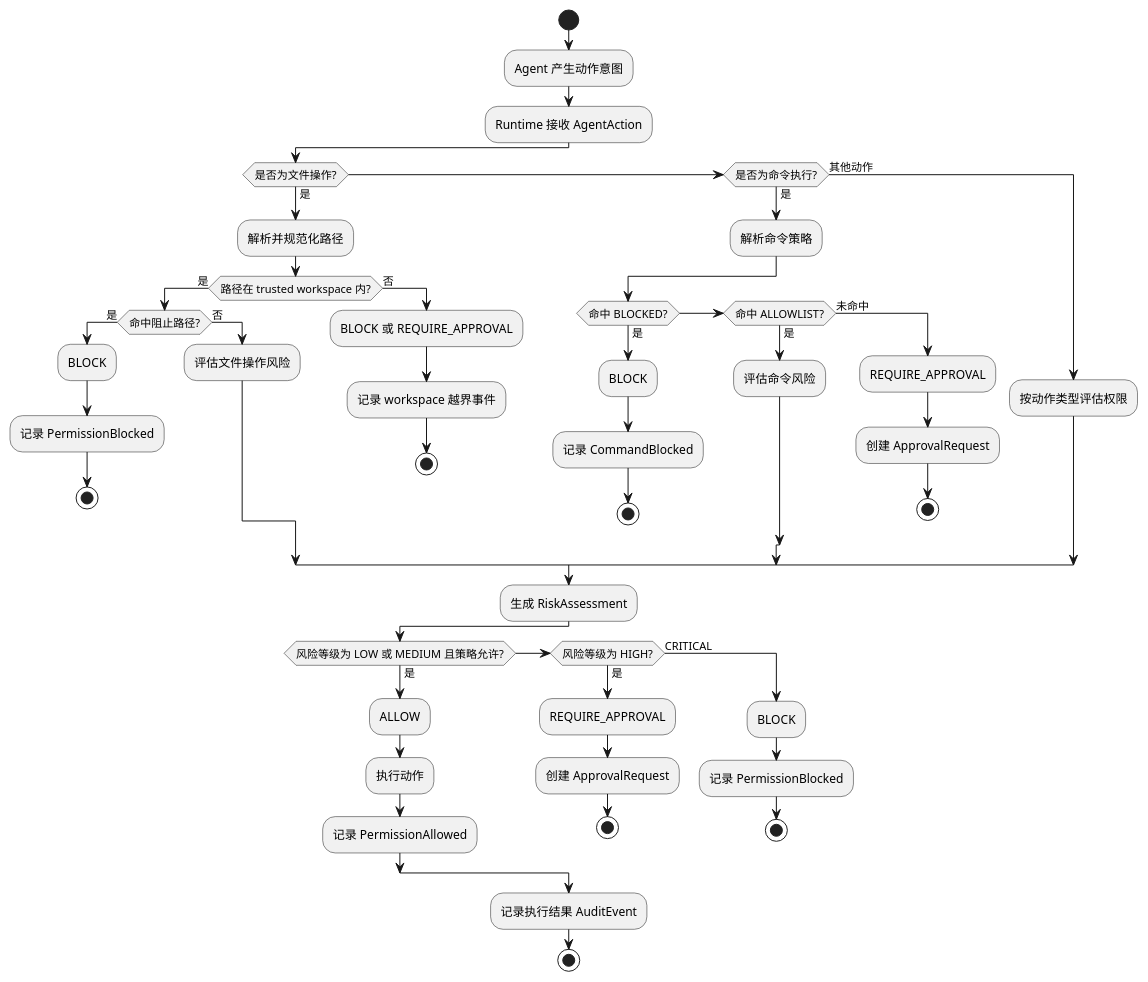
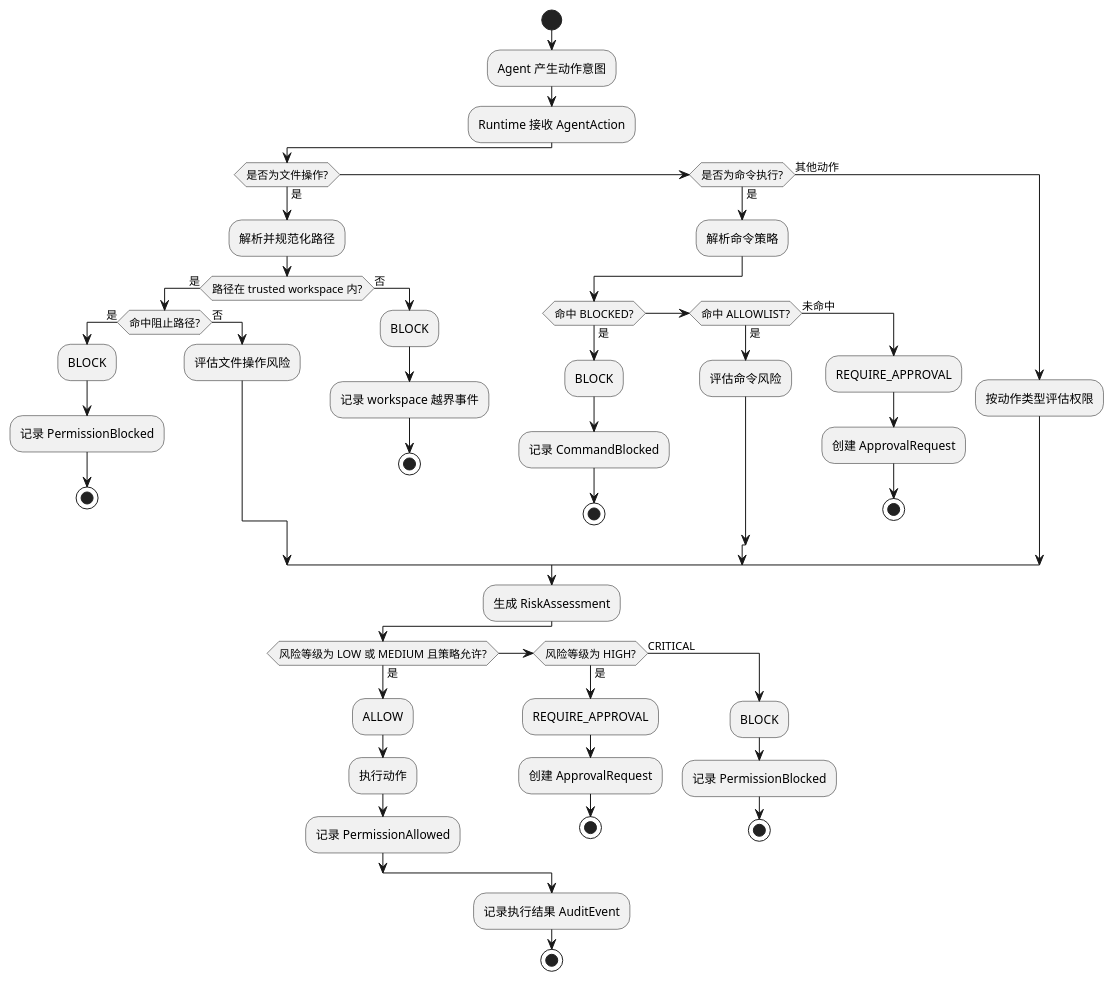
Before and after one commit to nask137/Auditable-Coding-Agent: the second of 2 diagrams in docs/step0/permission-model.md, drawn with PlantUML. The commit also changed other lines of this file and 5 other files, not shown here.

````diff
--- a/docs/step0/permission-model.md
+++ b/docs/step0/permission-model.md
@@ -748,59 +762,59 @@
 ```plantuml
 @startuml
 start
 
 :Agent 产生动作意图;
 :Runtime 接收 AgentAction;
 
 if (是否为文件操作?) then (是)
   :解析并规范化路径;
   if (路径在 trusted workspace 内?) then (是)
     if (命中阻止路径?) then (是)
       :BLOCK;
       :记录 PermissionBlocked;
       stop
     else (否)
       :评估文件操作风险;
     endif
   else (否)
-    :BLOCK 或 REQUIRE_APPROVAL;
+    :BLOCK;
     :记录 workspace 越界事件;
     stop
   endif
 elseif (是否为命令执行?) then (是)
   :解析命令策略;
   if (命中 BLOCKED?) then (是)
     :BLOCK;
     :记录 CommandBlocked;
     stop
   elseif (命中 ALLOWLIST?) then (是)
     :评估命令风险;
   else (未命中)
     :REQUIRE_APPROVAL;
     :创建 ApprovalRequest;
     stop
   endif
 else (其他动作)
   :按动作类型评估权限;
 endif
 
 :生成 RiskAssessment;
 
 if (风险等级为 LOW 或 MEDIUM 且策略允许?) then (是)
   :ALLOW;
   :执行动作;
   :记录 PermissionAllowed;
 elseif (风险等级为 HIGH?) then (是)
   :REQUIRE_APPROVAL;
   :创建 ApprovalRequest;
   stop
 else (CRITICAL)
   :BLOCK;
   :记录 PermissionBlocked;
   stop
 endif
 
 :记录执行结果 AuditEvent;
 stop
 @enduml
 ```
````
